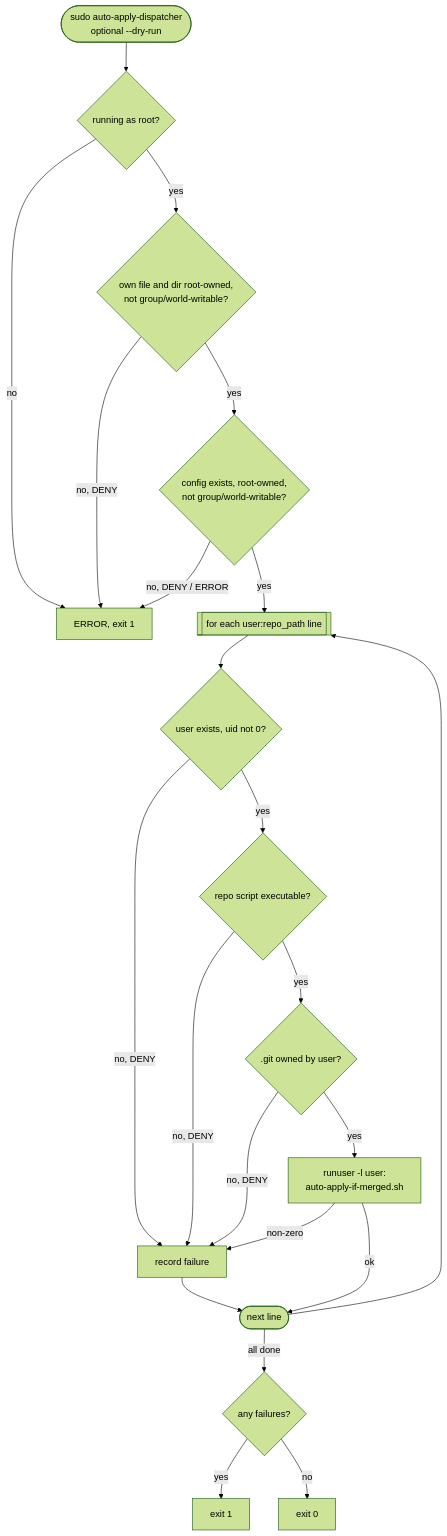
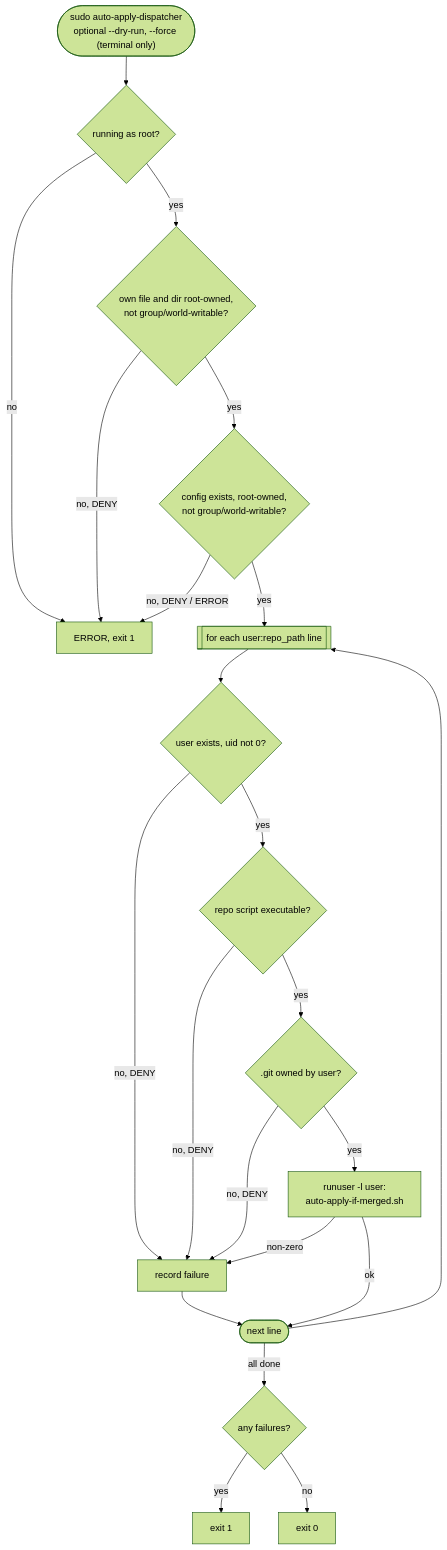
Before and after one commit to w3arise/blockchain-rpc-nodes: the second of 2 diagrams in docs/auto-apply.md, drawn with Mermaid (forest theme). The commit also changed other lines of this file and 5 other files, not shown here.

First line of the commit message:
Auto-apply: interactive --force for the merge gate; allow series jumps

````diff
--- a/docs/auto-apply.md
+++ b/docs/auto-apply.md
@@ -115,25 +119,25 @@
 ```mermaid
 flowchart TD
-  start(["sudo auto-apply-dispatcher<br/>optional --dry-run"]) --> rootq{"running as root?"}
+  start(["sudo auto-apply-dispatcher<br/>optional --dry-run, --force (terminal only)"]) --> rootq{"running as root?"}
   rootq -->|no| err["ERROR, exit 1"]
   rootq -->|yes| self{"own file and dir root-owned,<br/>not group/world-writable?"}
   self -->|"no, DENY"| err
   self -->|yes| conf{"config exists, root-owned,<br/>not group/world-writable?"}
   conf -->|"no, DENY / ERROR"| err
   conf -->|yes| loop[["for each user:repo_path line"]]
 
   loop --> user{"user exists, uid not 0?"}
   user -->|"no, DENY"| failed["record failure"]
   user -->|yes| script{"repo script executable?"}
   script -->|"no, DENY"| failed
   script -->|yes| own{".git owned by user?"}
   own -->|"no, DENY"| failed
   own -->|yes| run["runuser -l user:<br/>auto-apply-if-merged.sh"]
   run -->|non-zero| failed
   run -->|ok| next(["next line"])
   failed --> next
   next --> loop
   next -->|all done| exitq{"any failures?"}
   exitq -->|yes| exit1["exit 1"]
   exitq -->|no| exit0["exit 0"]
 ```
````
